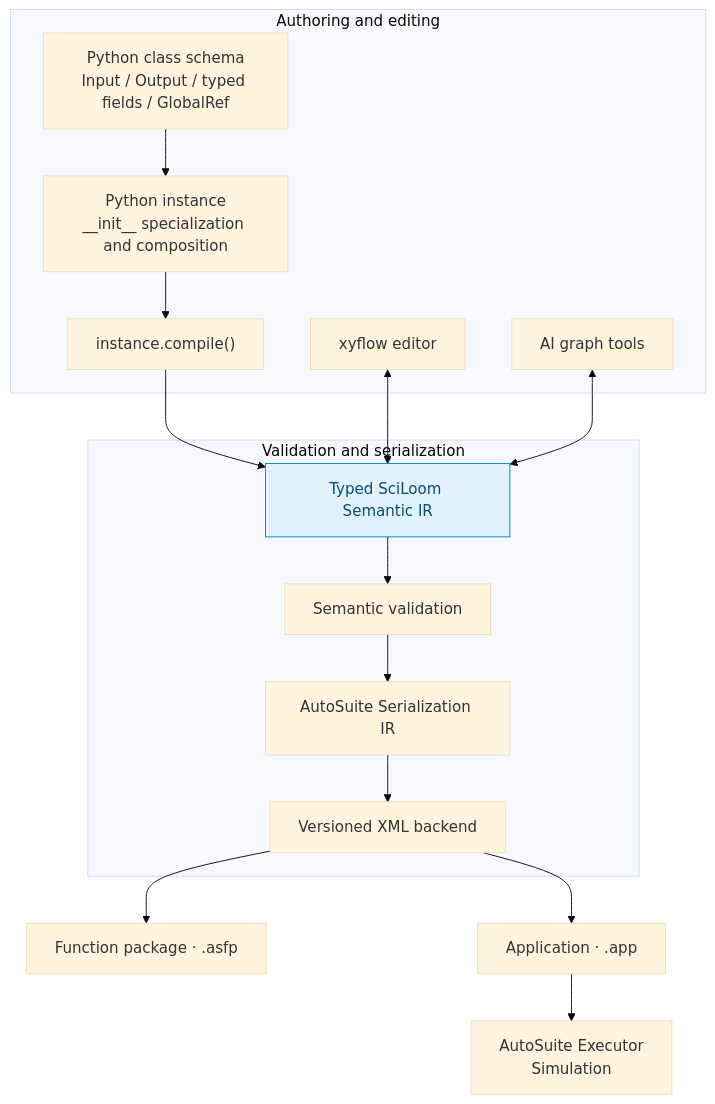
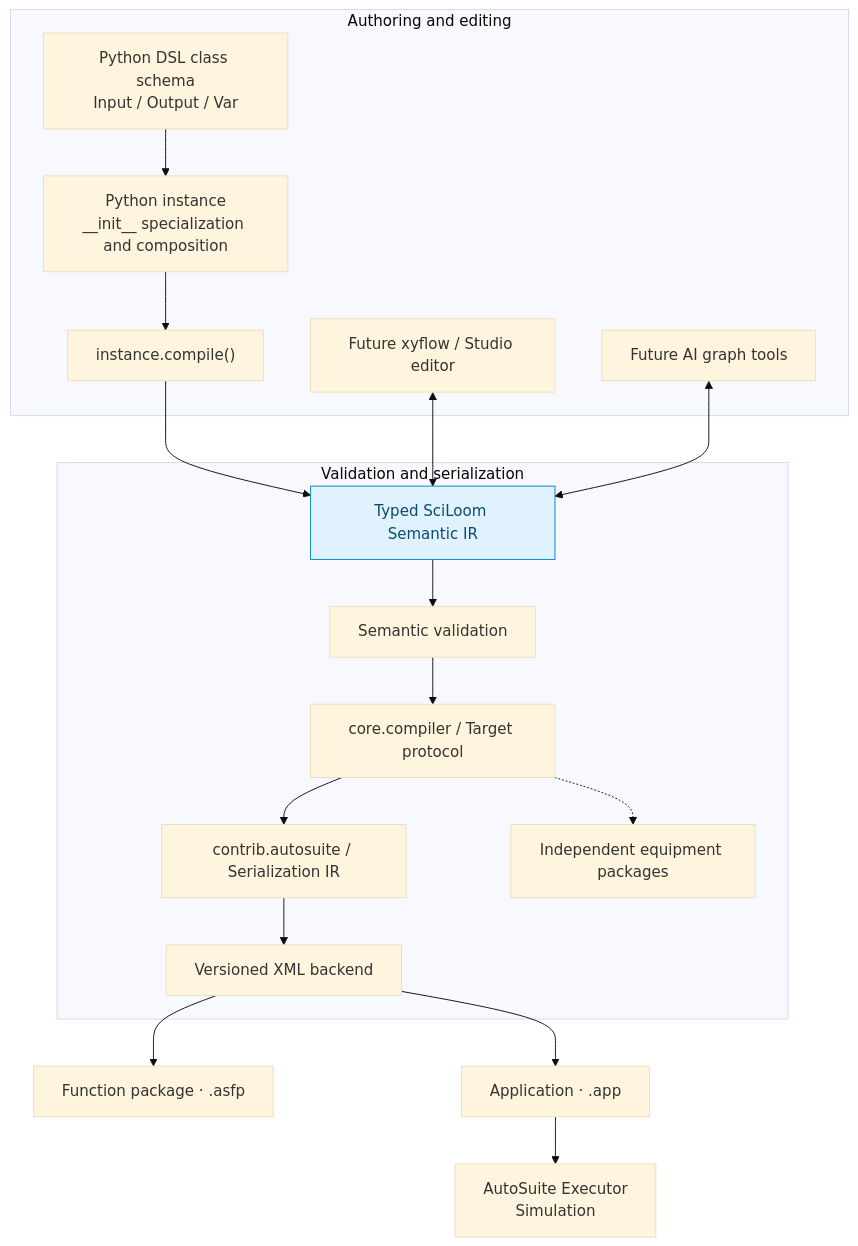
One commit to TsumiNa/sciloom changed the diagram in docs/01_TARGET_ARCHITECTURE.md. Above: the diagram before and after it, drawn with Mermaid (base theme). The commit also changed other lines of this file and 17 other files, not shown here.

````diff
--- a/docs/01_TARGET_ARCHITECTURE.md
+++ b/docs/01_TARGET_ARCHITECTURE.md
@@ -9,22 +12,24 @@
 ```mermaid
 flowchart TB
     subgraph Authoring["Authoring and editing"]
-        Class["Python class schema<br/>Input / Output / typed fields / GlobalRef"] --> Instance["Python instance<br/>__init__ specialization and composition"]
+        Class["Python DSL class schema<br/>Input / Output / Var"] --> Instance["Python instance<br/>__init__ specialization and composition"]
         Instance --> Compile["instance.compile()"]
-        GUI["xyflow editor"]
-        AI["AI graph tools"]
+        GUI["Future xyflow / Studio editor"]
+        AI["Future AI graph tools"]
     end
     Compile --> IR["Typed SciLoom Semantic IR"]
     GUI <--> IR
     AI <--> IR
     subgraph Backend["Validation and serialization"]
         IR --> Validate["Semantic validation"]
-        Validate --> SIR["AutoSuite Serialization IR"]
+        Validate --> Compiler["core.compiler / Target protocol"]
+        Compiler --> SIR["contrib.autosuite / Serialization IR"]
+        Compiler -.-> Other["Independent equipment packages"]
         SIR --> XML["Versioned XML backend"]
     end
     XML --> ASFP["Function package · .asfp"]
     XML --> APP["Application · .app"]
     APP --> Executor["AutoSuite Executor<br/>Simulation"]
     classDef core fill:#e0f2fe,stroke:#0284c7,color:#0c4a6e;
     class IR core;
 ```
````
